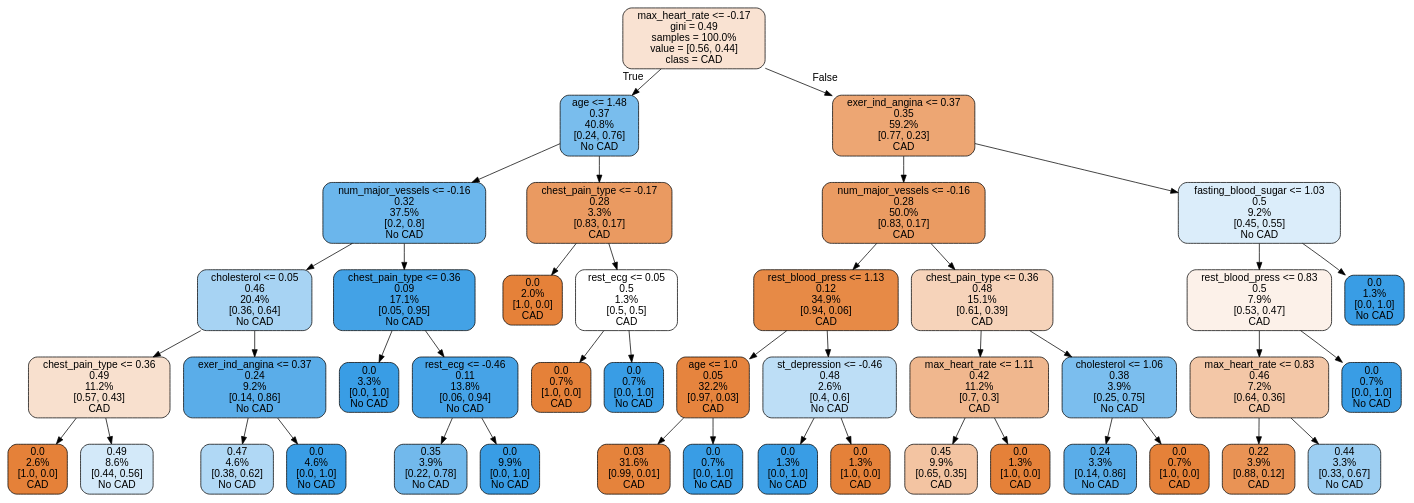
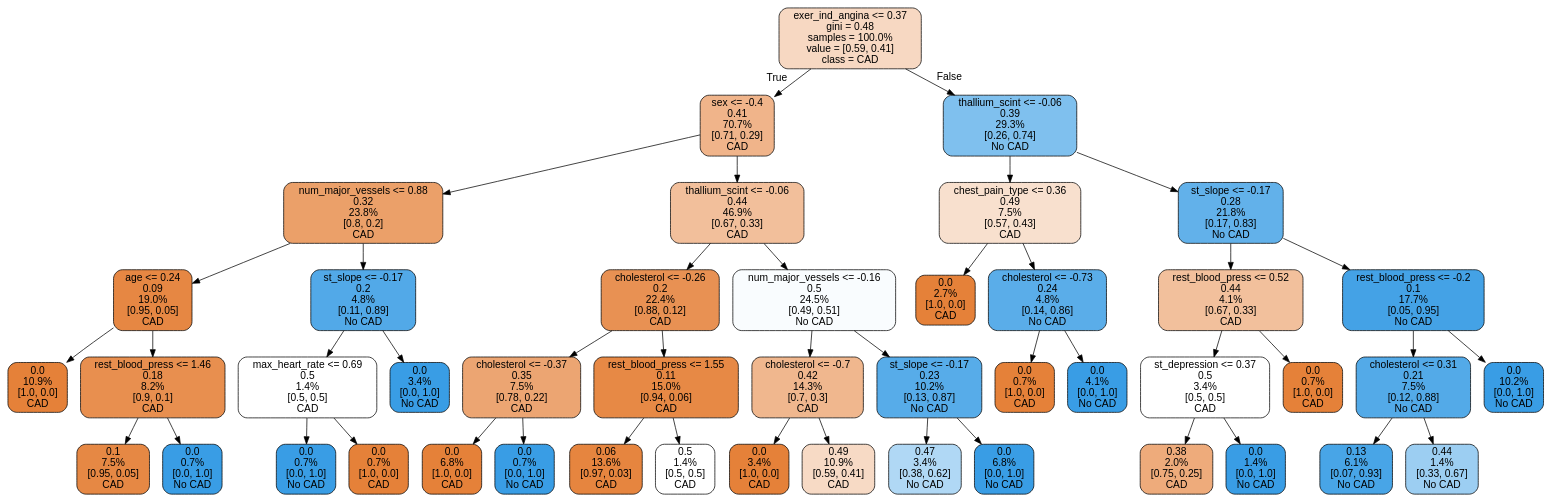
One commit to LourensWalters/cor_art_dis changed the diagram in cor_art_dis/notebooks/tree.dot. Above: the diagram before and after it, drawn with Graphviz. The commit also changed 4 other files, not shown here.

```diff
--- a/cor_art_dis/notebooks/tree.dot
+++ b/cor_art_dis/notebooks/tree.dot
@@ -1,89 +1,93 @@
 digraph Tree {
 node [shape=box, style="filled, rounded", color="black", fontname=helvetica] ;
 edge [fontname=helvetica] ;
-0 [label="max_heart_rate <= -0.17\ngini = 0.49\nsamples = 100.0%\nvalue = [0.56, 0.44]\nclass = CAD", fillcolor="#f9e2d2"] ;
-1 [label="age <= 1.48\n0.37\n40.8%\n[0.24, 0.76]\nNo CAD", fillcolor="#79bded"] ;
+0 [label="exer_ind_angina <= 0.37\ngini = 0.48\nsamples = 100.0%\nvalue = [0.59, 0.41]\nclass = CAD", fillcolor="#f7d8c2"] ;
+1 [label="sex <= -0.4\n0.41\n70.7%\n[0.71, 0.29]\nCAD", fillcolor="#f0b48a"] ;
 0 -> 1 [labeldistance=2.5, labelangle=45, headlabel="True"] ;
-2 [label="num_major_vessels <= -0.16\n0.32\n37.5%\n[0.2, 0.8]\nNo CAD", fillcolor="#6bb6ec"] ;
+2 [label="num_major_vessels <= 0.88\n0.32\n23.8%\n[0.8, 0.2]\nCAD", fillcolor="#eba069"] ;
 1 -> 2 ;
-3 [label="cholesterol <= 0.05\n0.46\n20.4%\n[0.36, 0.64]\nNo CAD", fillcolor="#a7d3f3"] ;
+3 [label="age <= 0.24\n0.09\n19.0%\n[0.95, 0.05]\nCAD", fillcolor="#e68743"] ;
 2 -> 3 ;
-4 [label="chest_pain_type <= 0.36\n0.49\n11.2%\n[0.57, 0.43]\nCAD", fillcolor="#f8e0ce"] ;
+4 [label="0.0\n10.9%\n[1.0, 0.0]\nCAD", fillcolor="#e58139"] ;
 3 -> 4 ;
-5 [label="0.0\n2.6%\n[1.0, 0.0]\nCAD", fillcolor="#e58139"] ;
-4 -> 5 ;
-6 [label="0.49\n8.6%\n[0.44, 0.56]\nNo CAD", fillcolor="#d3e9f9"] ;
-4 -> 6 ;
-7 [label="exer_ind_angina <= 0.37\n0.24\n9.2%\n[0.14, 0.86]\nNo CAD", fillcolor="#5aade9"] ;
-3 -> 7 ;
-8 [label="0.47\n4.6%\n[0.38, 0.62]\nNo CAD", fillcolor="#b0d8f5"] ;
-7 -> 8 ;
-9 [label="0.0\n4.6%\n[0.0, 1.0]\nNo CAD", fillcolor="#399de5"] ;
-7 -> 9 ;
-10 [label="chest_pain_type <= 0.36\n0.09\n17.1%\n[0.05, 0.95]\nNo CAD", fillcolor="#43a2e6"] ;
-2 -> 10 ;
-11 [label="0.0\n3.3%\n[0.0, 1.0]\nNo CAD", fillcolor="#399de5"] ;
-10 -> 11 ;
-12 [label="rest_ecg <= -0.46\n0.11\n13.8%\n[0.06, 0.94]\nNo CAD", fillcolor="#46a3e7"] ;
-10 -> 12 ;
-13 [label="0.35\n3.9%\n[0.22, 0.78]\nNo CAD", fillcolor="#72b9ec"] ;
-12 -> 13 ;
-14 [label="0.0\n9.9%\n[0.0, 1.0]\nNo CAD", fillcolor="#399de5"] ;
-12 -> 14 ;
-15 [label="chest_pain_type <= -0.17\n0.28\n3.3%\n[0.83, 0.17]\nCAD", fillcolor="#ea9a61"] ;
-1 -> 15 ;
-16 [label="0.0\n2.0%\n[1.0, 0.0]\nCAD", fillcolor="#e58139"] ;
+5 [label="rest_blood_press <= 1.46\n0.18\n8.2%\n[0.9, 0.1]\nCAD", fillcolor="#e88f4f"] ;
+3 -> 5 ;
+6 [label="0.1\n7.5%\n[0.95, 0.05]\nCAD", fillcolor="#e68844"] ;
+5 -> 6 ;
+7 [label="0.0\n0.7%\n[0.0, 1.0]\nNo CAD", fillcolor="#399de5"] ;
+5 -> 7 ;
+8 [label="st_slope <= -0.17\n0.2\n4.8%\n[0.11, 0.89]\nNo CAD", fillcolor="#52a9e8"] ;
+2 -> 8 ;
+9 [label="max_heart_rate <= 0.69\n0.5\n1.4%\n[0.5, 0.5]\nCAD", fillcolor="#ffffff"] ;
+8 -> 9 ;
+10 [label="0.0\n0.7%\n[0.0, 1.0]\nNo CAD", fillcolor="#399de5"] ;
+9 -> 10 ;
+11 [label="0.0\n0.7%\n[1.0, 0.0]\nCAD", fillcolor="#e58139"] ;
+9 -> 11 ;
+12 [label="0.0\n3.4%\n[0.0, 1.0]\nNo CAD", fillcolor="#399de5"] ;
+8 -> 12 ;
+13 [label="thallium_scint <= -0.06\n0.44\n46.9%\n[0.67, 0.33]\nCAD", fillcolor="#f2bf9b"] ;
+1 -> 13 ;
+14 [label="cholesterol <= -0.26\n0.2\n22.4%\n[0.88, 0.12]\nCAD", fillcolor="#e89153"] ;
+13 -> 14 ;
+15 [label="cholesterol <= -0.37\n0.35\n7.5%\n[0.78, 0.22]\nCAD", fillcolor="#eca572"] ;
+14 -> 15 ;
+16 [label="0.0\n6.8%\n[1.0, 0.0]\nCAD", fillcolor="#e58139"] ;
 15 -> 16 ;
-17 [label="rest_ecg <= 0.05\n0.5\n1.3%\n[0.5, 0.5]\nCAD", fillcolor="#ffffff"] ;
+17 [label="0.0\n0.7%\n[0.0, 1.0]\nNo CAD", fillcolor="#399de5"] ;
 15 -> 17 ;
-18 [label="0.0\n0.7%\n[1.0, 0.0]\nCAD", fillcolor="#e58139"] ;
-17 -> 18 ;
-19 [label="0.0\n0.7%\n[0.0, 1.0]\nNo CAD", fillcolor="#399de5"] ;
-17 -> 19 ;
-20 [label="exer_ind_angina <= 0.37\n0.35\n59.2%\n[0.77, 0.23]\nCAD", fillcolor="#eda673"] ;
-0 -> 20 [labeldistance=2.5, labelangle=-45, headlabel="False"] ;
-21 [label="num_major_vessels <= -0.16\n0.28\n50.0%\n[0.83, 0.17]\nCAD", fillcolor="#ea9b62"] ;
-20 -> 21 ;
-22 [label="rest_blood_press <= 1.13\n0.12\n34.9%\n[0.94, 0.06]\nCAD", fillcolor="#e78a46"] ;
+18 [label="rest_blood_press <= 1.55\n0.11\n15.0%\n[0.94, 0.06]\nCAD", fillcolor="#e78945"] ;
+14 -> 18 ;
+19 [label="0.06\n13.6%\n[0.97, 0.03]\nCAD", fillcolor="#e6853f"] ;
+18 -> 19 ;
+20 [label="0.5\n1.4%\n[0.5, 0.5]\nCAD", fillcolor="#ffffff"] ;
+18 -> 20 ;
+21 [label="num_major_vessels <= -0.16\n0.5\n24.5%\n[0.49, 0.51]\nNo CAD", fillcolor="#f9fcfe"] ;
+13 -> 21 ;
+22 [label="cholesterol <= -0.7\n0.42\n14.3%\n[0.7, 0.3]\nCAD", fillcolor="#f0b78e"] ;
 21 -> 22 ;
-23 [label="age <= 1.0\n0.05\n32.2%\n[0.97, 0.03]\nCAD", fillcolor="#e6843e"] ;
+23 [label="0.0\n3.4%\n[1.0, 0.0]\nCAD", fillcolor="#e58139"] ;
 22 -> 23 ;
-24 [label="0.03\n31.6%\n[0.99, 0.01]\nCAD", fillcolor="#e5833c"] ;
-23 -> 24 ;
-25 [label="0.0\n0.7%\n[0.0, 1.0]\nNo CAD", fillcolor="#399de5"] ;
-23 -> 25 ;
-26 [label="st_depression <= -0.46\n0.48\n2.6%\n[0.4, 0.6]\nNo CAD", fillcolor="#bddef6"] ;
-22 -> 26 ;
-27 [label="0.0\n1.3%\n[0.0, 1.0]\nNo CAD", fillcolor="#399de5"] ;
-26 -> 27 ;
-28 [label="0.0\n1.3%\n[1.0, 0.0]\nCAD", fillcolor="#e58139"] ;
-26 -> 28 ;
-29 [label="chest_pain_type <= 0.36\n0.48\n15.1%\n[0.61, 0.39]\nCAD", fillcolor="#f6d3ba"] ;
-21 -> 29 ;
-30 [label="max_heart_rate <= 1.11\n0.42\n11.2%\n[0.7, 0.3]\nCAD", fillcolor="#f0b78e"] ;
+24 [label="0.49\n10.9%\n[0.59, 0.41]\nCAD", fillcolor="#f7dac5"] ;
+22 -> 24 ;
+25 [label="st_slope <= -0.17\n0.23\n10.2%\n[0.13, 0.87]\nNo CAD", fillcolor="#57ace9"] ;
+21 -> 25 ;
+26 [label="0.47\n3.4%\n[0.38, 0.62]\nNo CAD", fillcolor="#b0d8f5"] ;
+25 -> 26 ;
+27 [label="0.0\n6.8%\n[0.0, 1.0]\nNo CAD", fillcolor="#399de5"] ;
+25 -> 27 ;
+28 [label="thallium_scint <= -0.06\n0.39\n29.3%\n[0.26, 0.74]\nNo CAD", fillcolor="#7fc0ee"] ;
+0 -> 28 [labeldistance=2.5, labelangle=-45, headlabel="False"] ;
+29 [label="chest_pain_type <= 0.36\n0.49\n7.5%\n[0.57, 0.43]\nCAD", fillcolor="#f8e0ce"] ;
+28 -> 29 ;
+30 [label="0.0\n2.7%\n[1.0, 0.0]\nCAD", fillcolor="#e58139"] ;
 29 -> 30 ;
-31 [label="0.45\n9.9%\n[0.65, 0.35]\nCAD", fillcolor="#f3c4a2"] ;
-30 -> 31 ;
-32 [label="0.0\n1.3%\n[1.0, 0.0]\nCAD", fillcolor="#e58139"] ;
-30 -> 32 ;
-33 [label="cholesterol <= 1.06\n0.38\n3.9%\n[0.25, 0.75]\nNo CAD", fillcolor="#7bbeee"] ;
-29 -> 33 ;
-34 [label="0.24\n3.3%\n[0.14, 0.86]\nNo CAD", fillcolor="#5aade9"] ;
-33 -> 34 ;
-35 [label="0.0\n0.7%\n[1.0, 0.0]\nCAD", fillcolor="#e58139"] ;
-33 -> 35 ;
-36 [label="fasting_blood_sugar <= 1.03\n0.5\n9.2%\n[0.45, 0.55]\nNo CAD", fillcolor="#dbedfa"] ;
-20 -> 36 ;
-37 [label="rest_blood_press <= 0.83\n0.5\n7.9%\n[0.53, 0.47]\nCAD", fillcolor="#fcf1e9"] ;
+31 [label="cholesterol <= -0.73\n0.24\n4.8%\n[0.14, 0.86]\nNo CAD", fillcolor="#5aade9"] ;
+29 -> 31 ;
+32 [label="0.0\n0.7%\n[1.0, 0.0]\nCAD", fillcolor="#e58139"] ;
+31 -> 32 ;
+33 [label="0.0\n4.1%\n[0.0, 1.0]\nNo CAD", fillcolor="#399de5"] ;
+31 -> 33 ;
+34 [label="st_slope <= -0.17\n0.28\n21.8%\n[0.17, 0.83]\nNo CAD", fillcolor="#62b1ea"] ;
+28 -> 34 ;
+35 [label="rest_blood_press <= 0.52\n0.44\n4.1%\n[0.67, 0.33]\nCAD", fillcolor="#f2c09c"] ;
+34 -> 35 ;
+36 [label="st_depression <= 0.37\n0.5\n3.4%\n[0.5, 0.5]\nCAD", fillcolor="#ffffff"] ;
+35 -> 36 ;
+37 [label="0.38\n2.0%\n[0.75, 0.25]\nCAD", fillcolor="#eeab7b"] ;
 36 -> 37 ;
-38 [label="max_heart_rate <= 0.83\n0.46\n7.2%\n[0.64, 0.36]\nCAD", fillcolor="#f3c7a7"] ;
-37 -> 38 ;
-39 [label="0.22\n3.9%\n[0.88, 0.12]\nCAD", fillcolor="#e99355"] ;
-38 -> 39 ;
-40 [label="0.44\n3.3%\n[0.33, 0.67]\nNo CAD", fillcolor="#9ccef2"] ;
-38 -> 40 ;
-41 [label="0.0\n0.7%\n[0.0, 1.0]\nNo CAD", fillcolor="#399de5"] ;
-37 -> 41 ;
-42 [label="0.0\n1.3%\n[0.0, 1.0]\nNo CAD", fillcolor="#399de5"] ;
-36 -> 42 ;
+38 [label="0.0\n1.4%\n[0.0, 1.0]\nNo CAD", fillcolor="#399de5"] ;
+36 -> 38 ;
+39 [label="0.0\n0.7%\n[1.0, 0.0]\nCAD", fillcolor="#e58139"] ;
+35 -> 39 ;
+40 [label="rest_blood_press <= -0.2\n0.1\n17.7%\n[0.05, 0.95]\nNo CAD", fillcolor="#44a2e6"] ;
+34 -> 40 ;
+41 [label="cholesterol <= 0.31\n0.21\n7.5%\n[0.12, 0.88]\nNo CAD", fillcolor="#53aae8"] ;
+40 -> 41 ;
+42 [label="0.13\n6.1%\n[0.07, 0.93]\nNo CAD", fillcolor="#48a5e7"] ;
+41 -> 42 ;
+43 [label="0.44\n1.4%\n[0.33, 0.67]\nNo CAD", fillcolor="#9ccef2"] ;
+41 -> 43 ;
+44 [label="0.0\n10.2%\n[0.0, 1.0]\nNo CAD", fillcolor="#399de5"] ;
+40 -> 44 ;
 }
```
